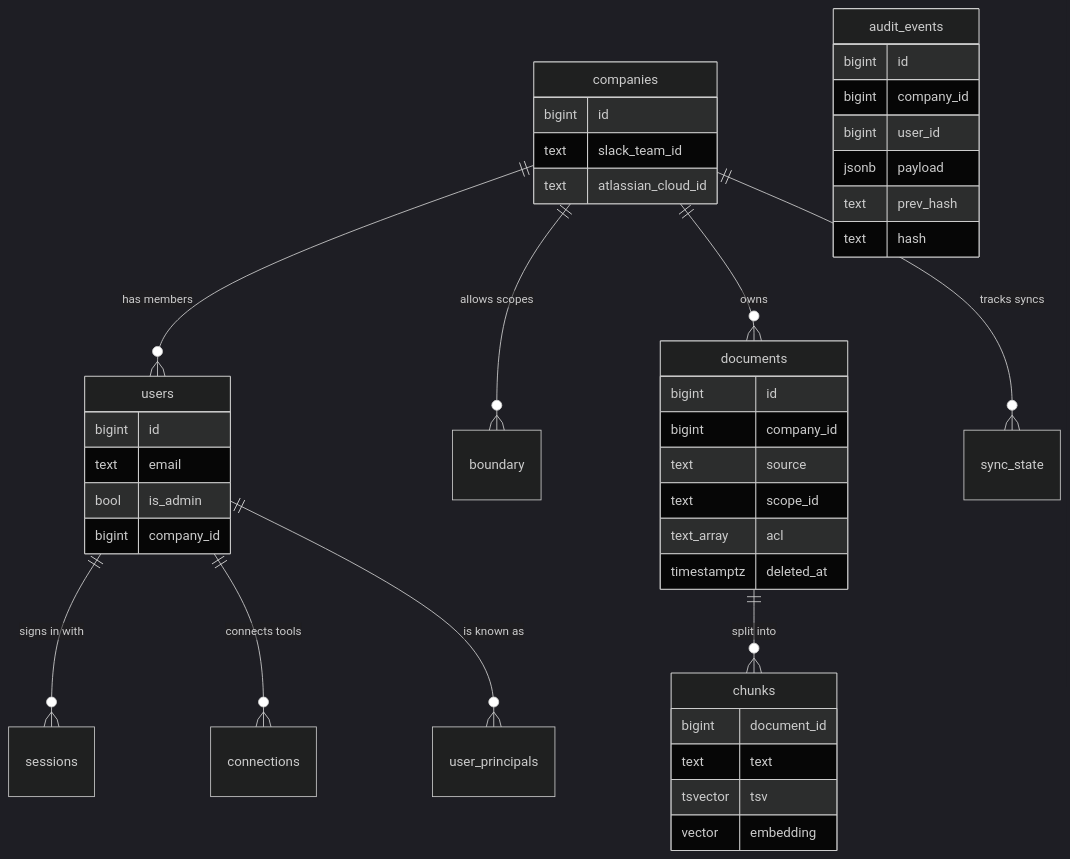
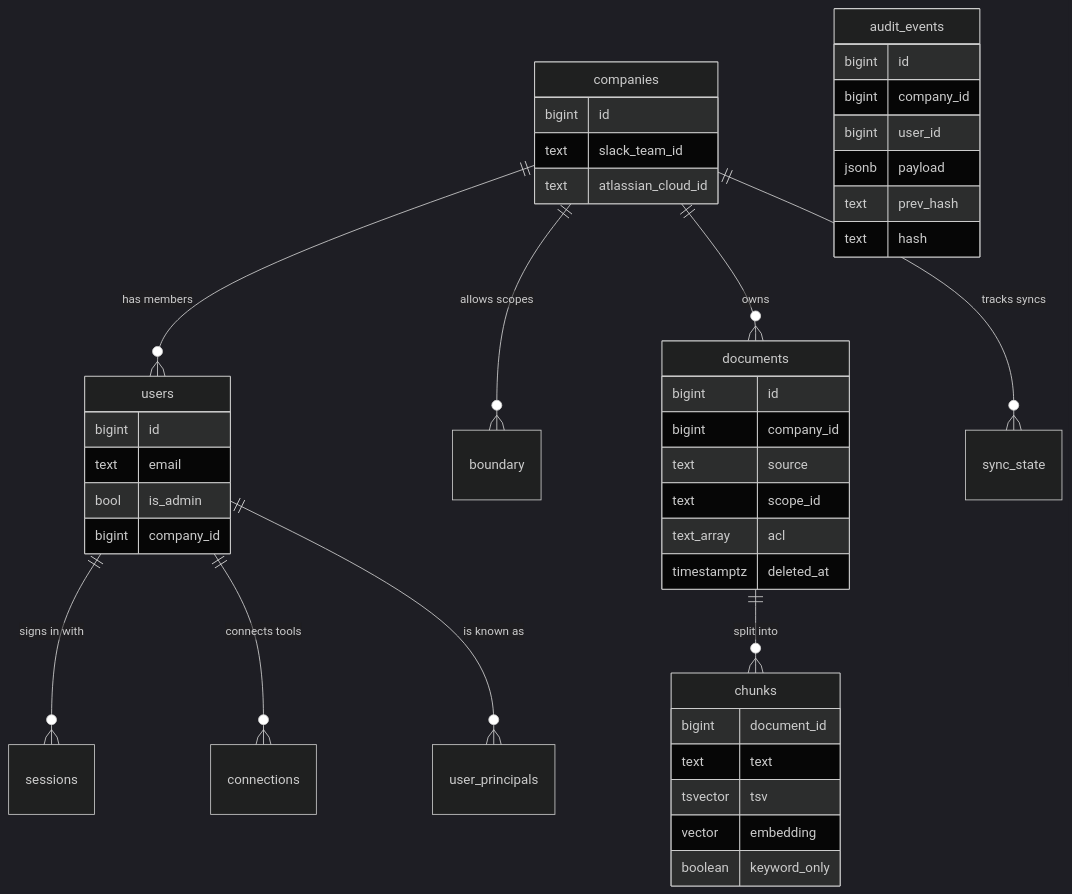
One commit to gabriel-wan/tencent-hackathon-fintech changed the sixth of 6 diagrams in docs/ARCHITECTURE.md. Above: the diagram before and after it, drawn with Mermaid (dark theme). The commit also changed other lines of this file and 4 other files, not shown here.

````diff
--- a/docs/ARCHITECTURE.md
+++ b/docs/ARCHITECTURE.md
@@ -210,44 +210,45 @@
 ```mermaid
 erDiagram
     companies ||--o{ users : "has members"
     companies ||--o{ boundary : "allows scopes"
     companies ||--o{ documents : "owns"
     companies ||--o{ sync_state : "tracks syncs"
     users ||--o{ sessions : "signs in with"
     users ||--o{ connections : "connects tools"
     users ||--o{ user_principals : "is known as"
     documents ||--o{ chunks : "split into"
     companies {
         bigint id
         text slack_team_id
         text atlassian_cloud_id
     }
     users {
         bigint id
         text email
         bool is_admin
         bigint company_id
     }
     documents {
         bigint id
         bigint company_id
         text source
         text scope_id
         text_array acl
         timestamptz deleted_at
     }
     chunks {
         bigint document_id
         text text
         tsvector tsv
         vector embedding
+        boolean keyword_only
     }
     audit_events {
         bigint id
         bigint company_id
         bigint user_id
         jsonb payload
         text prev_hash
         text hash
     }
 ```
````
